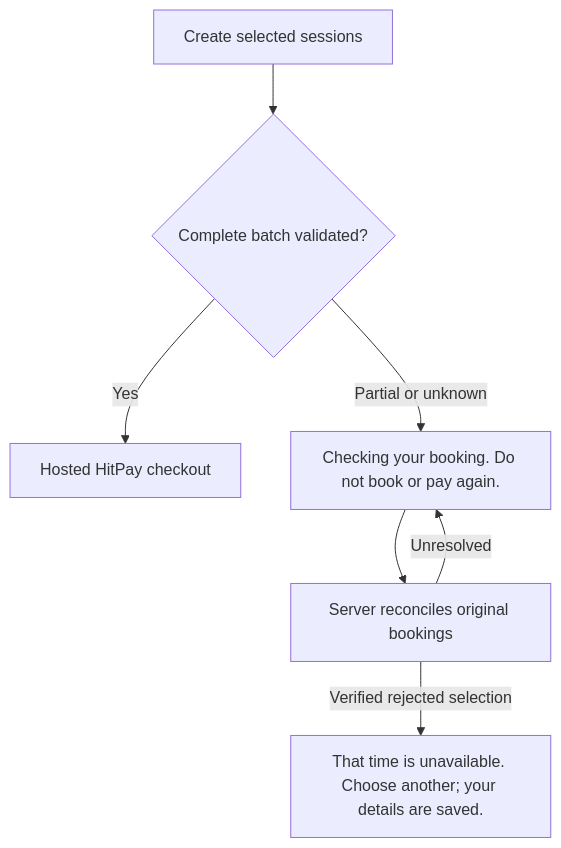
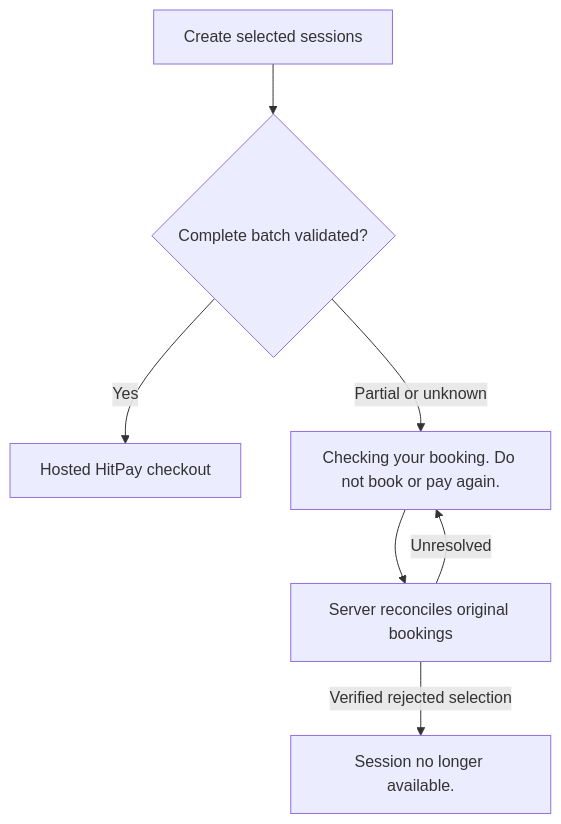
Before and after one commit to soccerbotstudiosg/soccerbotstudioSG: the seventh of 19 diagrams in docs/booking-flows.md, drawn with Mermaid. The commit also changed other lines of this file and 6 other files, not shown here.

````diff
--- a/docs/booking-flows.md
+++ b/docs/booking-flows.md
@@ -94,9 +94,9 @@
 ```mermaid
 flowchart TD
   A["Create selected sessions"] --> B{"Complete batch validated?"}
   B -->|Yes| C["Hosted HitPay checkout"]
   B -->|Partial or unknown| D["Checking your booking. Do not book or pay again."]
   D --> E["Server reconciles original bookings"]
   E -->|Unresolved| D
-  E -->|Verified rejected selection| F["That time is unavailable. Choose another; your details are saved."]
+  E -->|Verified rejected selection| F["Session no longer available."]
 ```
````
